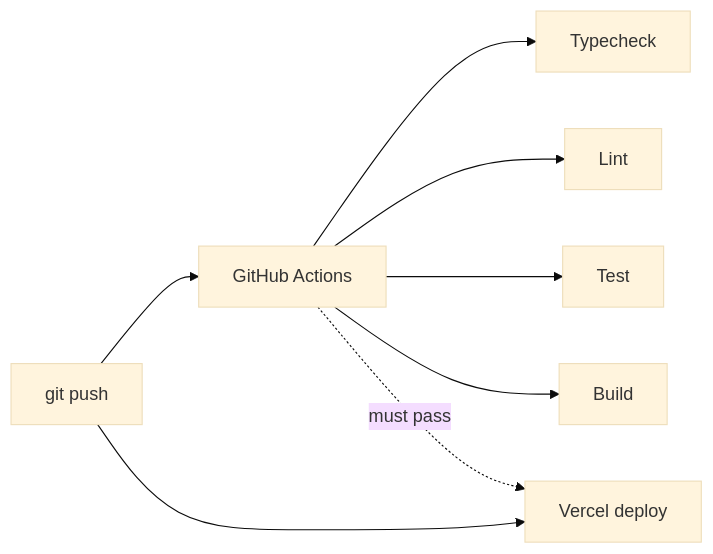
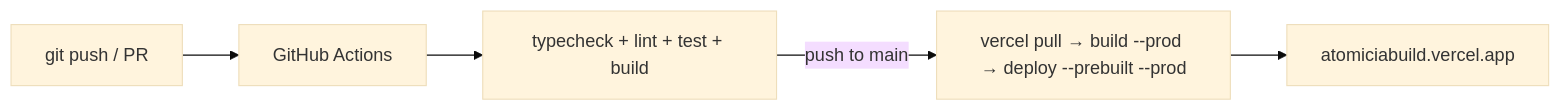
Before and after one commit to chahatkesh/atomiciabuild: the diagram in docs/deployment.md, drawn with Mermaid (base theme). The commit also changed other lines of this file and 5 other files, not shown here.

Commit message:
ci: deploy to Vercel from GitHub Actions after quality checks

````diff
--- a/docs/deployment.md
+++ b/docs/deployment.md
@@ -42,10 +74,7 @@
 ```mermaid
 flowchart LR
-  Push["git push"] --> GHA["GitHub Actions"]
-  GHA --> Typecheck
-  GHA --> Lint
-  GHA --> Test
-  GHA --> Build
-  Push --> Vercel["Vercel deploy"]
-  GHA -.->|"must pass"| Vercel
+  Push["git push / PR"] --> GHA["GitHub Actions"]
+  GHA --> Quality["typecheck + lint + test + build"]
+  Quality -->|push to main| Prod["vercel pull → build --prod → deploy --prebuilt --prod"]
+  Prod --> Live["atomiciabuild.vercel.app"]
 ```
````
